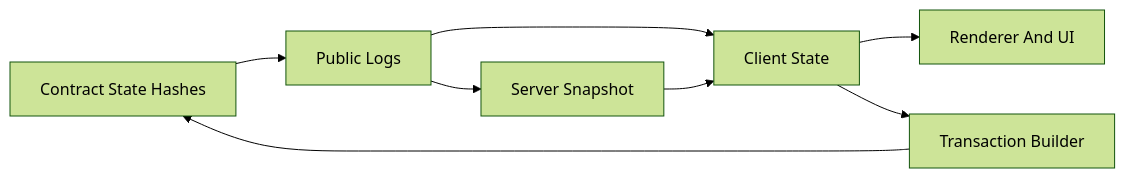
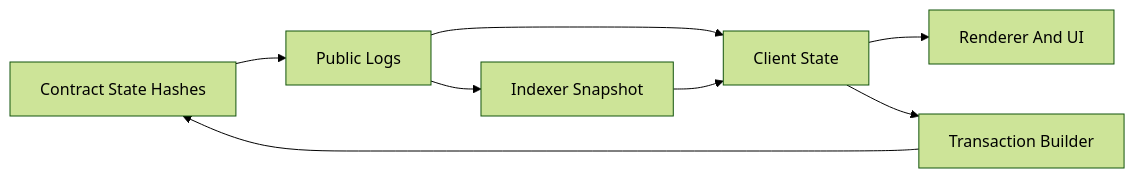
One commit to dfarchon/dark-forest-aztec changed the second of 2 diagrams in docs/architecture.md. Above: the diagram before and after it, drawn with Mermaid (forest theme). The commit also changed other lines of this file and 46 other files, not shown here.

````diff
--- a/docs/architecture.md
+++ b/docs/architecture.md
@@ -157,10 +157,10 @@
 ```mermaid
 flowchart LR
   contractState[Contract State Hashes] --> publicLogs[Public Logs]
-  publicLogs --> serverSnapshot[Server Snapshot]
+  publicLogs --> indexerSnapshot[Indexer Snapshot]
   publicLogs --> clientState[Client State]
-  serverSnapshot --> clientState
+  indexerSnapshot --> clientState
   clientState --> renderer[Renderer And UI]
   clientState --> txBuilder[Transaction Builder]
   txBuilder --> contractState
 ```
````
